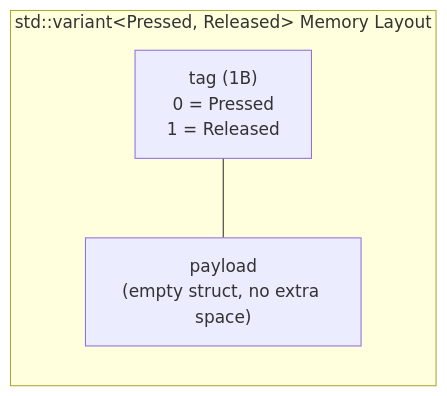
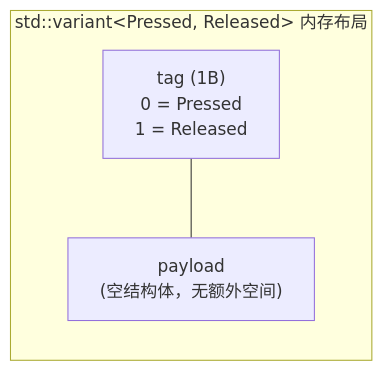
One commit to Awesome-Embedded-Learning-Studio/Tutorial_AwesomeModernCPP changed the diagram in documents/en/vol8-domains/embedded/02-button/09-cpp-variant-and-visit.md. Above: the diagram before and after it, drawn with Mermaid. The commit also changed other lines of this file and 388 other files, not shown here.

````diff
--- a/documents/en/vol8-domains/embedded/02-button/09-cpp-variant-and-visit.md
+++ b/documents/en/vol8-domains/embedded/02-button/09-cpp-variant-and-visit.md
@@ -212,8 +218,8 @@
 ```mermaid
 graph LR
-    subgraph "std::variant&lt;Pressed, Released&gt; Memory Layout"
-        TAG["tag (1B)<br/>0 = Pressed<br/>1 = Released"]
-        PAYLOAD["payload<br/>(empty struct, no extra space)"]
+    subgraph "std::variant&lt;Pressed, Released&gt; 内存布局"
+        TAG["tag (1B)\n0 = Pressed\n1 = Released"]
+        PAYLOAD["payload\n(空结构体，无额外空间)"]
     end
     TAG --- PAYLOAD
 ```
````
